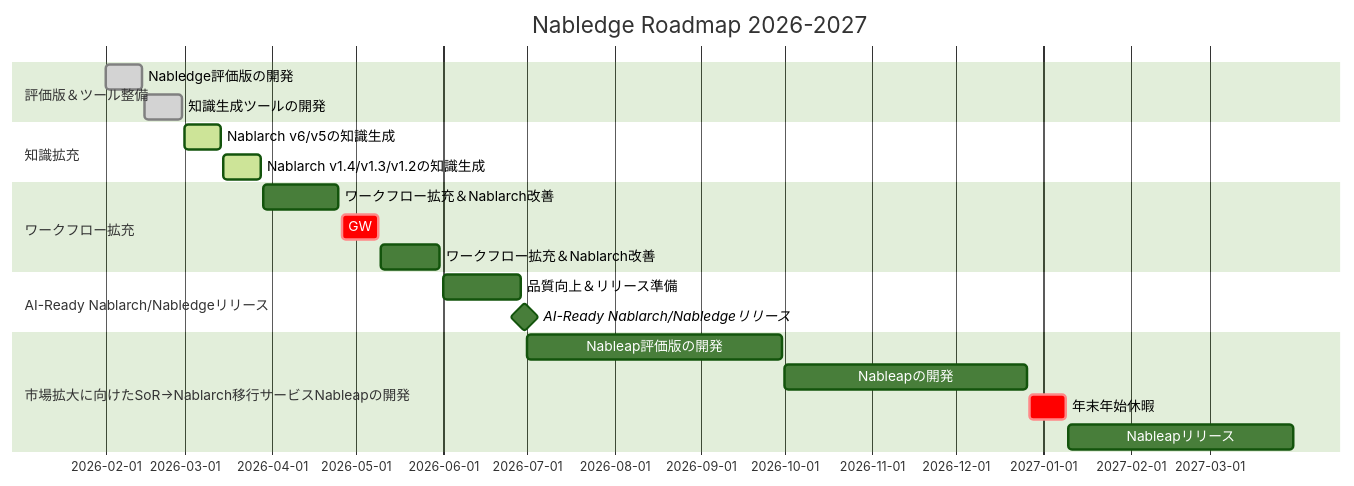
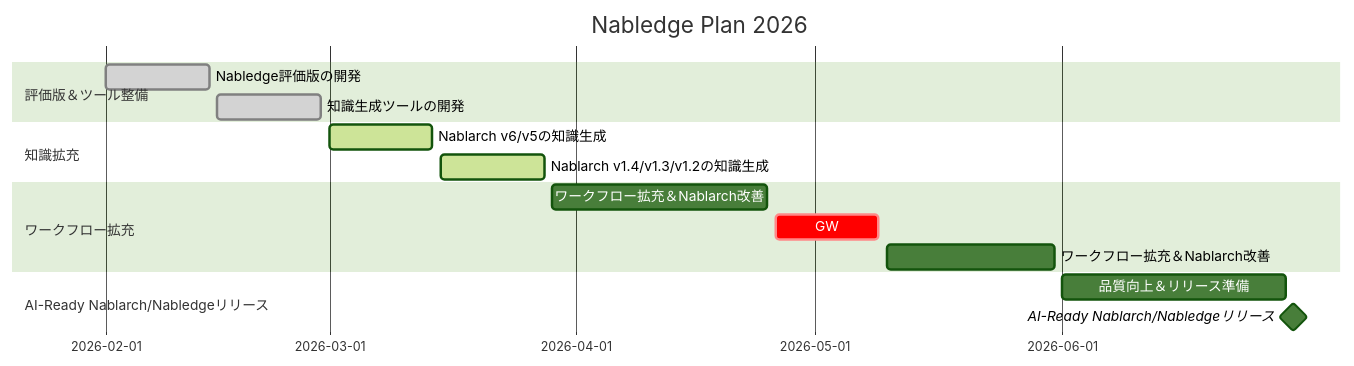
One commit to nablarch/nabledge-dev changed the diagram in docs/development-status.md. Above: the diagram before and after it, drawn with Mermaid (forest theme). The commit also changed other lines of this file, not shown here.

Commit message:
docs: rename Roadmap to Plan, remove post-July items

````diff
--- a/docs/development-status.md
+++ b/docs/development-status.md
@@ -19,28 +19,22 @@
 ```mermaid
 gantt
-    title Nabledge Roadmap 2026-2027
+    title Nabledge Plan 2026
     dateFormat YYYY-MM-DD
 
     section 評価版＆ツール整備
     Nabledge評価版の開発             :done, 2026-02-01, 2026-02-14
     知識生成ツールの開発             :done, 2026-02-15, 2026-02-28
 
     section 知識拡充
     Nablarch v6/v5の知識生成        :active, 2026-03-01, 2026-03-14
     Nablarch v1.4/v1.3/v1.2の知識生成 :active, 2026-03-15, 2026-03-28
 
     section ワークフロー拡充
     ワークフロー拡充＆Nablarch改善    :2026-03-29, 2026-04-25
     GW                             :crit, 2026-04-26, 2026-05-09
     ワークフロー拡充＆Nablarch改善    :2026-05-10, 2026-05-31
 
     section AI-Ready Nablarch/Nabledgeリリース
     品質向上＆リリース準備                        :2026-06-01, 2026-06-29
     AI-Ready Nablarch/Nabledgeリリース          :milestone, 2026-06-30, 0d
-
-    section 市場拡大に向けたSoR→Nablarch移行サービスNableapの開発
-    Nableap評価版の開発             :2026-07-01, 2026-09-30
-    Nableapの開発                  :2026-10-01, 2026-12-26
-    年末年始休暇                    :crit, 2026-12-27, 2027-01-09
-    Nableapリリース                :2027-01-10, 2027-03-31
 ```
````
